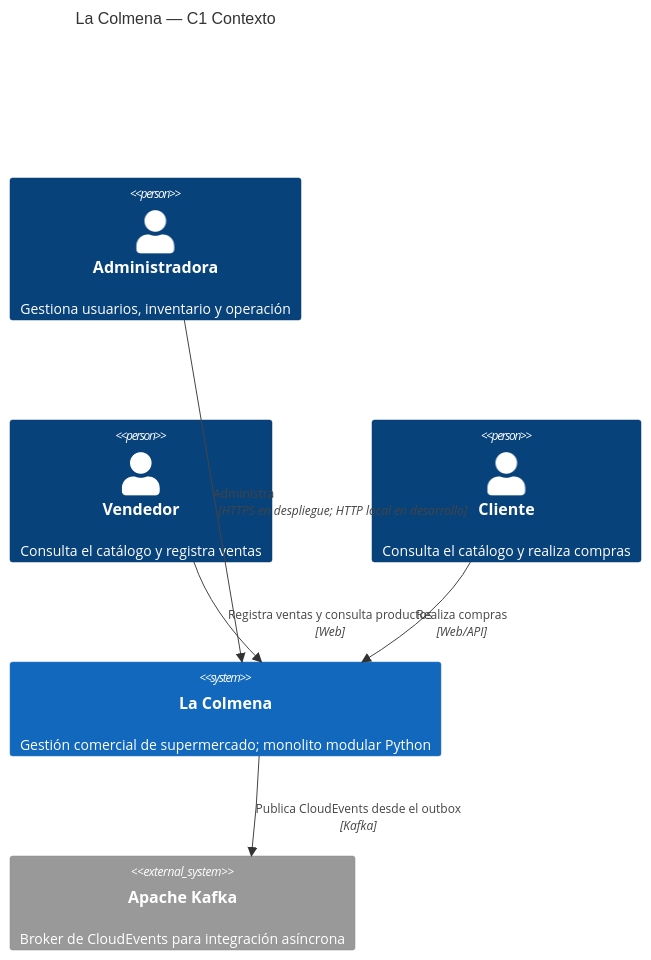
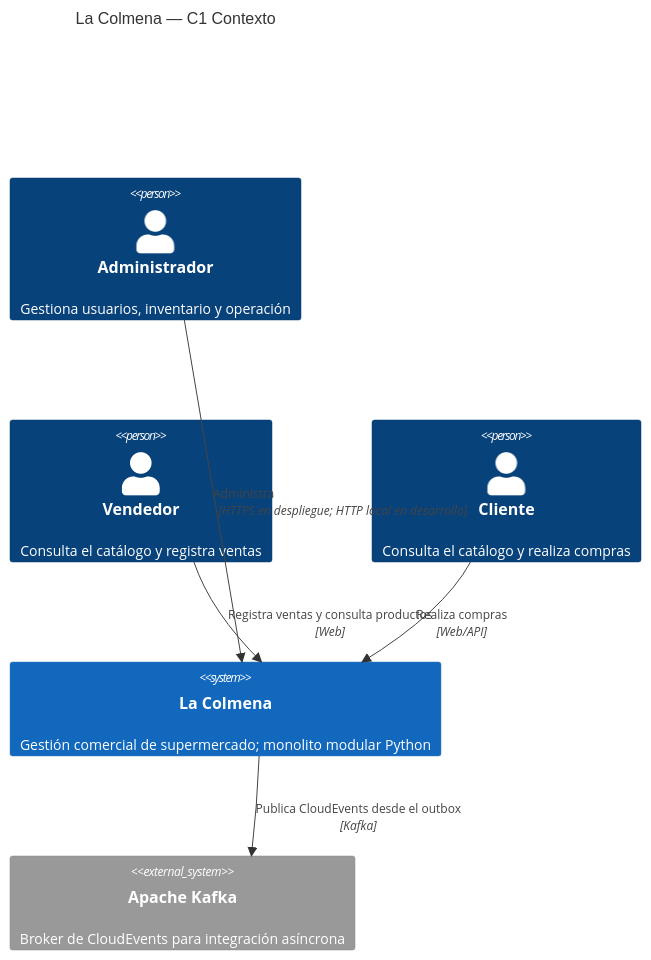
One commit to robinsoncht12-gif/la_colmena.html changed the first of 3 diagrams in la_colmena.html/docs/D2_MODELADO_C4_ISO25010_BOUNDED_CONTEXTS.md. Above: the diagram before and after it, drawn with Mermaid. The commit also changed other lines of this file and 24 other files, not shown here.

````diff
--- a/la_colmena.html/docs/D2_MODELADO_C4_ISO25010_BOUNDED_CONTEXTS.md
+++ b/la_colmena.html/docs/D2_MODELADO_C4_ISO25010_BOUNDED_CONTEXTS.md
@@ -13,13 +13,13 @@
 ```mermaid
 C4Context
     title La Colmena — C1 Contexto
-    Person(admin, "Administradora", "Gestiona usuarios, inventario y operación")
+    Person(admin, "Administrador", "Gestiona usuarios, inventario y operación")
     Person(vendedor, "Vendedor", "Consulta el catálogo y registra ventas")
     Person(cliente, "Cliente", "Consulta el catálogo y realiza compras")
     System(colmena, "La Colmena", "Gestión comercial de supermercado; monolito modular Python")
     System_Ext(kafka, "Apache Kafka", "Broker de CloudEvents para integración asíncrona")
     Rel(admin, colmena, "Administra", "HTTPS en despliegue; HTTP local en desarrollo")
     Rel(vendedor, colmena, "Registra ventas y consulta productos", "Web")
     Rel(cliente, colmena, "Realiza compras", "Web/API")
     Rel(colmena, kafka, "Publica CloudEvents desde el outbox", "Kafka")
 ```
````
